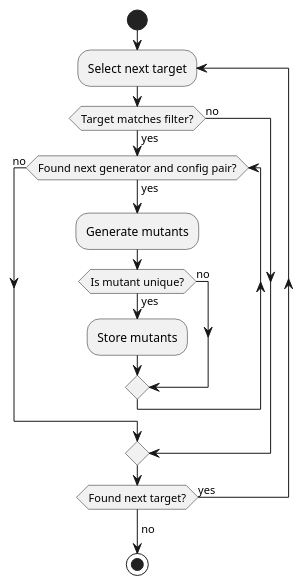
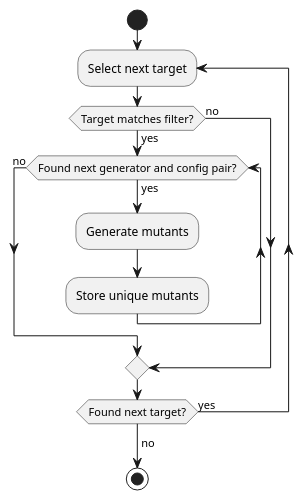
Before and after one commit to robert-oleynik/AI4SE-Mutation-Testing: the diagram in diagrams/generate.puml, drawn with PlantUML. The commit also changed 1 other file, not shown here.

```diff
--- a/diagrams/generate.puml
+++ b/diagrams/generate.puml
@@ -1,17 +1,14 @@
 @startuml
 start
 repeat :Select next target;
 	if (Target matches filter?) then (yes)
 		while (Found next generator and config pair?) is (yes)
 			:Generate mutants;
-			if (Is mutant unique?) then (yes)
-				:Store mutants;
-			else (no)
-			endif
+			:Store unique mutants;
 		endwhile(no)
 	else (no)
 	endif
 repeat while (Found next target?) is (yes)
 ->no;
 stop
 @enduml
```
